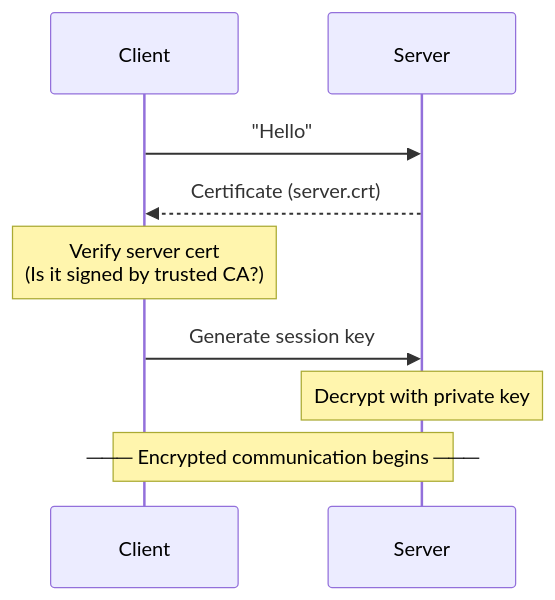
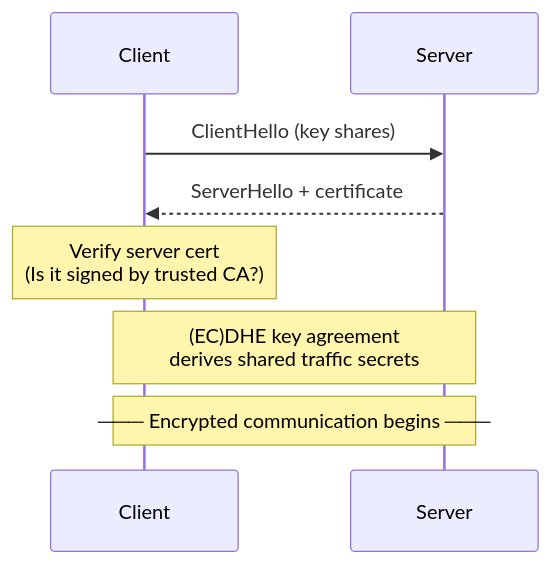
The sixth of 7 diagrams in src/content/docs/platform/foundations/advanced-networking/module-1.6-zero-trust.md (kube-dojo/kube-dojo), drawn with Mermaid before and after one commit. The commit also changed other lines of this file, not shown here.

````diff
--- a/src/content/docs/platform/foundations/advanced-networking/module-1.6-zero-trust.md
+++ b/src/content/docs/platform/foundations/advanced-networking/module-1.6-zero-trust.md
@@ -499,12 +575,11 @@
 ```mermaid
 sequenceDiagram
     participant Client
     participant Server
     
-    Client->>Server: "Hello"
-    Server-->>Client: Certificate (server.crt)
+    Client->>Server: ClientHello (key shares)
+    Server-->>Client: ServerHello + certificate
     Note over Client: Verify server cert<br/>(Is it signed by trusted CA?)
-    Client->>Server: Generate session key
-    Note over Server: Decrypt with private key
+    Note over Client,Server: (EC)DHE key agreement<br/>derives shared traffic secrets
     Note over Client,Server: ─── Encrypted communication begins ───
 ```
````
